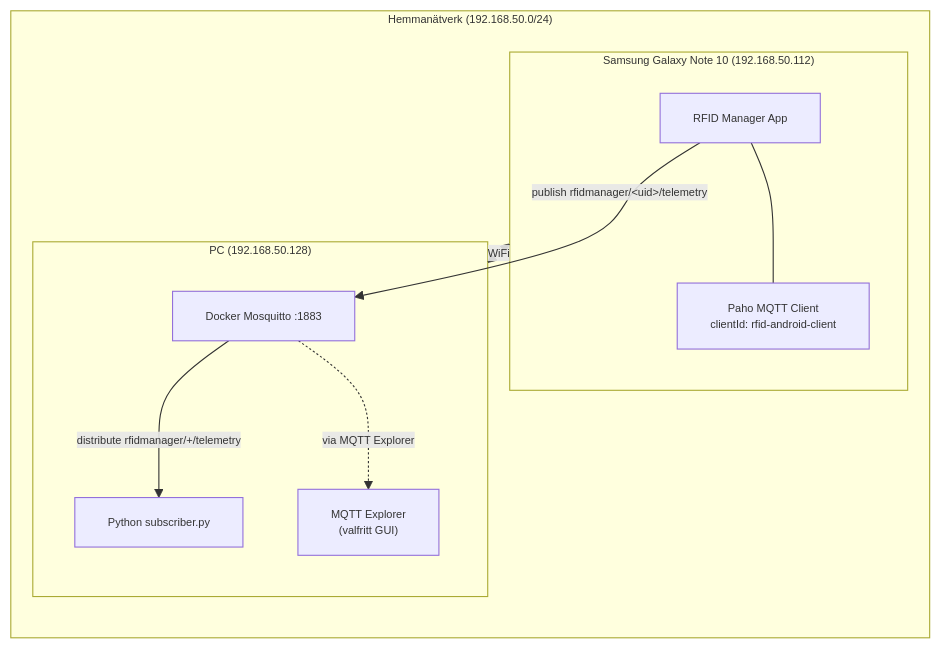
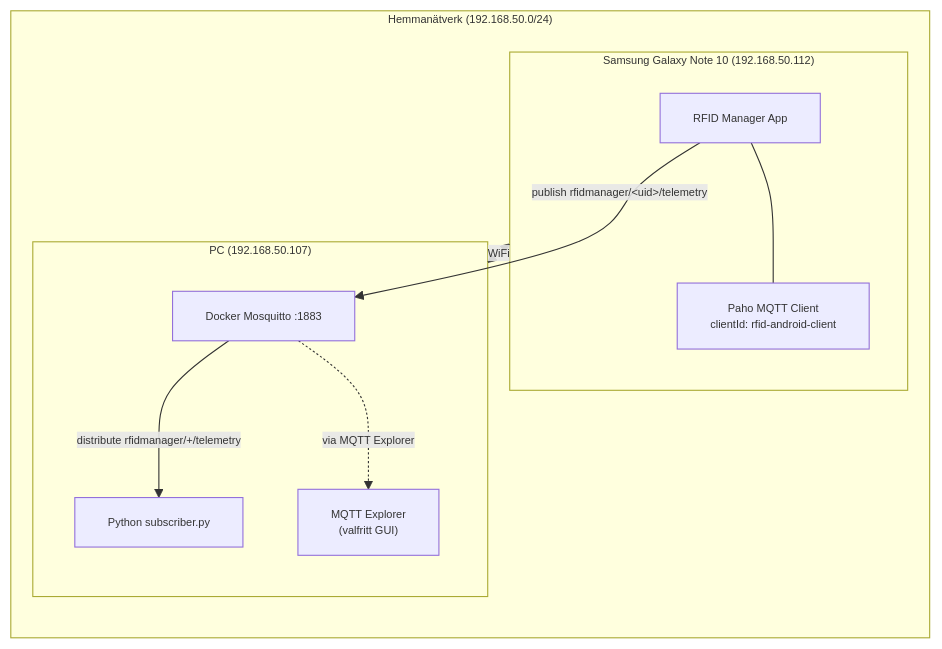
One commit to JoaBerra/rfid-manager changed the first of 2 diagrams in wiki/MQTT-Infrastruktur.md. Above: the diagram before and after it, drawn with Mermaid. The commit also changed other lines of this file and 45 other files, not shown here.

````diff
--- a/wiki/MQTT-Infrastruktur.md
+++ b/wiki/MQTT-Infrastruktur.md
@@ -194,21 +194,21 @@
 ```mermaid
 %%{init: {'themeVariables': { 'fontSize': '10px' }}}%%
 flowchart LR
     subgraph LAN["Hemmanätverk (192.168.50.0/24)"]
         subgraph Phone["Samsung Galaxy Note 10 (192.168.50.112)"]
             App["RFID Manager App"]
             Client["Paho MQTT Client<br/>clientId: rfid-android-client"]
             App --- Client
         end
-        subgraph PC["PC (192.168.50.128)"]
+        subgraph PC["PC (192.168.50.107)"]
             Broker["Docker Mosquitto :1883"]
             Subscriber["Python subscriber.py"]
             Explorer["MQTT Explorer<br/>(valfritt GUI)"]
         end
     end
 
     Phone <-.->|"WiFi"| PC
     App -->|"publish rfidmanager/&lt;uid&gt;/telemetry"| Broker
     Broker -->|"distribute rfidmanager/+/telemetry"| Subscriber
     Broker -.->|"via MQTT Explorer"| Explorer
 ```
````
